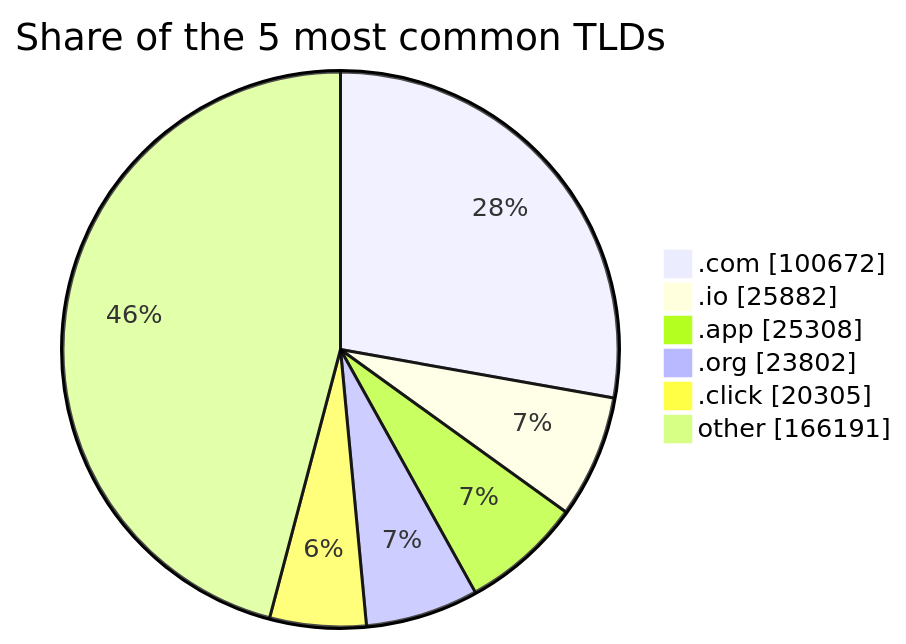
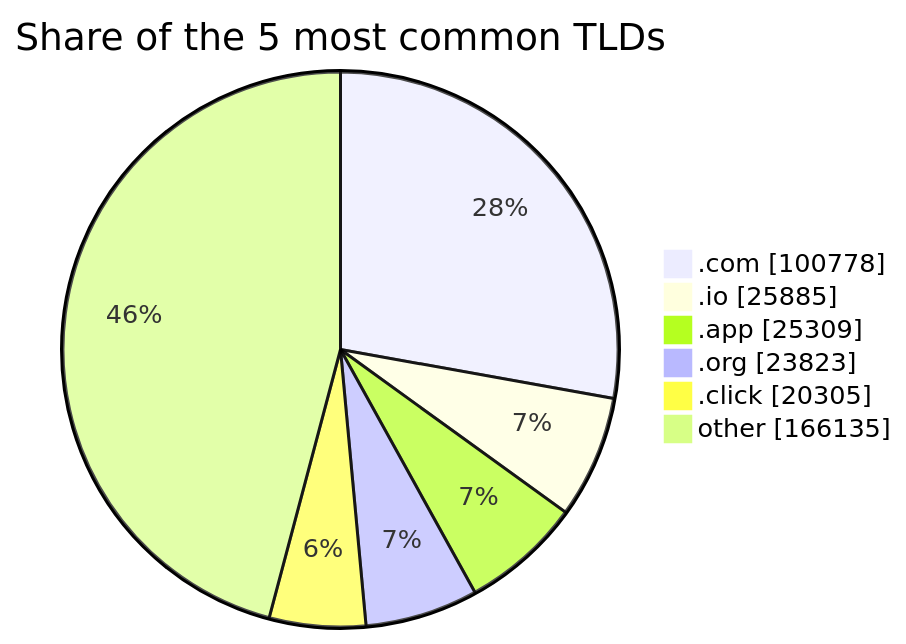
The third of 3 diagrams in README.md (DNSBunker/CTI), drawn with Mermaid before and after one commit. The commit also changed other lines of this file and 3 other files, not shown here.

````diff
--- a/README.md
+++ b/README.md
@@ -81,9 +81,9 @@
 ```mermaid
 pie showData title Share of the 5 most common TLDs
-    ".com" : 100672
-    ".io" : 25882
-    ".app" : 25308
-    ".org" : 23802
+    ".com" : 100778
+    ".io" : 25885
+    ".app" : 25309
+    ".org" : 23823
     ".click" : 20305
-    "other" : 166191
+    "other" : 166135
 ```
````
